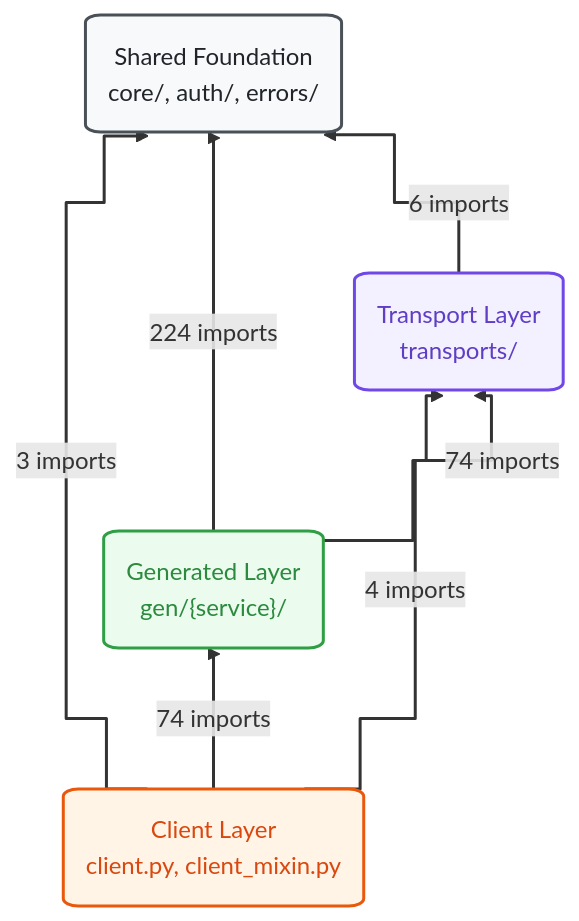
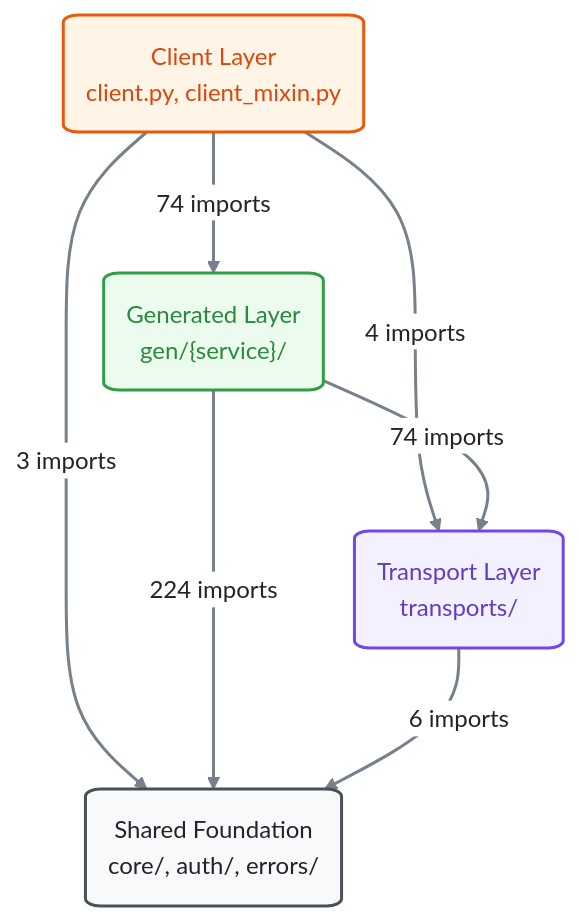
One commit to alexdearaujo/community_sdk_python changed the second of 2 diagrams in docs/sphinx/sdk_runtime_architecture.md. Above: the diagram before and after it, drawn with Mermaid. The commit also changed other lines of this file and 63 other files, not shown here.

First line of the commit message:
docs: themed Mermaid everywhere, smooth curves on the layer diagram

````diff
--- a/docs/sphinx/sdk_runtime_architecture.md
+++ b/docs/sphinx/sdk_runtime_architecture.md
@@ -63,22 +68,22 @@
 ```mermaid
-%%{init: {"fontFamily": "ui-monospace, SFMono-Regular, Menlo, monospace", "flowchart": {"curve": "step", "nodeSpacing": 30, "rankSpacing": 70, "wrappingWidth": 400}}}%%
-flowchart BT
+%%{init: {"theme": "base", "fontFamily": "ui-monospace, SFMono-Regular, Menlo, monospace", "themeVariables": {"fontFamily": "ui-monospace, SFMono-Regular, Menlo, monospace", "primaryColor": "#f8f9fa", "primaryBorderColor": "#495057", "primaryTextColor": "#212529", "textColor": "#212529", "lineColor": "#77818c", "edgeLabelBackground": "#ffffff", "actorBkg": "#f8f9fa", "actorBorder": "#495057", "actorTextColor": "#212529", "actorLineColor": "#a9b3be", "signalColor": "#57616d", "signalTextColor": "#212529", "labelBoxBkgColor": "#f8f9fa", "labelBoxBorderColor": "#495057", "labelTextColor": "#212529", "loopTextColor": "#57616d", "noteBkgColor": "#fff9db", "noteBorderColor": "#f08c00", "noteTextColor": "#a35a00"}, "flowchart": {"curve": "basis", "nodeSpacing": 30, "rankSpacing": 70, "wrappingWidth": 400}}}%%
+flowchart TB
     client("Client Layer<br/>client.py, client_mixin.py"):::orange
     generated("Generated Layer<br/>gen/{service}/"):::green
     transport("Transport Layer<br/>transports/"):::violet
     foundation("Shared Foundation<br/>core/, auth/, errors/"):::hub
 
     client -->|"74 imports"| generated
     client -->|"4 imports"| transport
     client -->|"3 imports"| foundation
     generated -->|"74 imports"| transport
     generated -->|"224 imports"| foundation
     transport -->|"6 imports"| foundation
 
     classDef orange fill:#fff4e6,stroke:#e8590c,color:#d9480f
     classDef green fill:#ebfbee,stroke:#2f9e44,color:#2b8a3e
     classDef violet fill:#f3f0ff,stroke:#7048e8,color:#5f3dc4
     classDef hub fill:#f8f9fa,stroke:#495057,color:#212529
     classDef orange,green,violet,hub stroke-width:2px,rx:10px
     linkStyle default stroke-width:2px,stroke-linecap:round,stroke-linejoin:round
 ```
````
